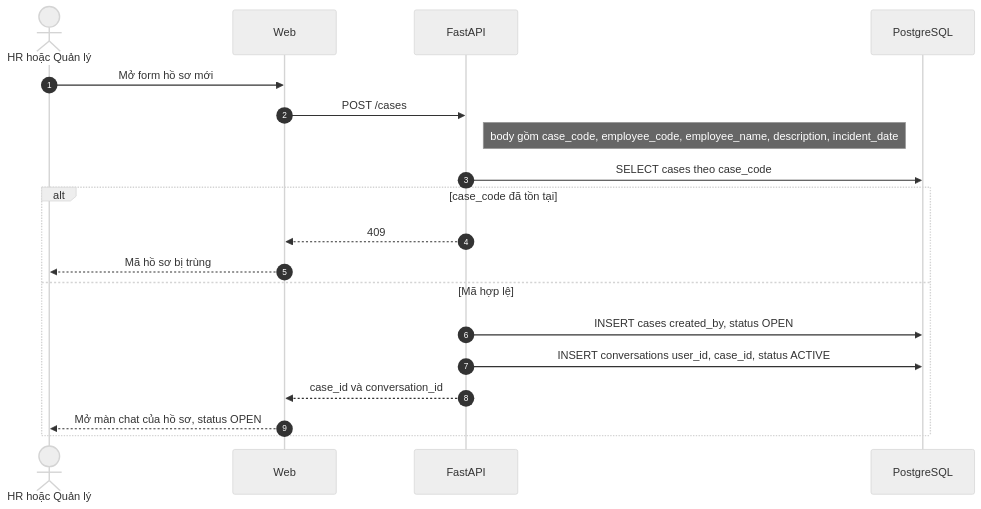
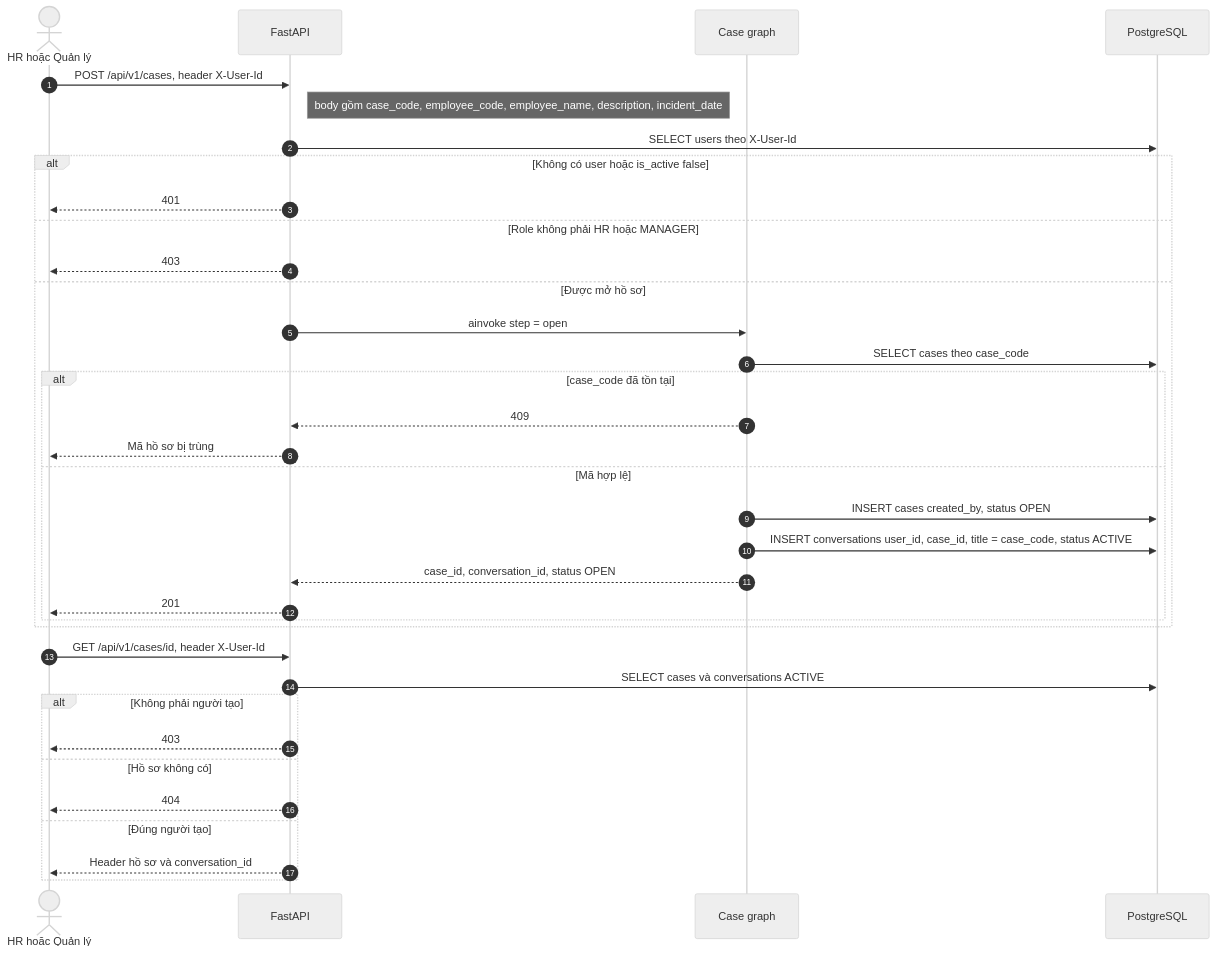
Before and after one commit to Tuan-Nguyen-Minhh/HRHelp: the third of 15 diagrams in docs/features/features.md, drawn with Mermaid (neutral theme). The commit also changed other lines of this file and 70 other files, not shown here.

````diff
--- a/docs/features/features.md
+++ b/docs/features/features.md
@@ -175,22 +177,39 @@
 ```mermaid
 sequenceDiagram
     autonumber
     actor HR as HR hoặc Quản lý
-    participant UI as Web
     participant API as FastAPI
+    participant CG as Case graph
     participant DB as PostgreSQL
 
-    HR->>UI: Mở form hồ sơ mới
-    UI->>API: POST /cases
+    HR->>API: POST /api/v1/cases, header X-User-Id
     Note right of API: body gồm case_code, employee_code, employee_name, description, incident_date
-    API->>DB: SELECT cases theo case_code
-    alt case_code đã tồn tại
-        API-->>UI: 409
-        UI-->>HR: Mã hồ sơ bị trùng
-    else Mã hợp lệ
-        API->>DB: INSERT cases created_by, status OPEN
-        API->>DB: INSERT conversations user_id, case_id, status ACTIVE
-        API-->>UI: case_id và conversation_id
-        UI-->>HR: Mở màn chat của hồ sơ, status OPEN
+    API->>DB: SELECT users theo X-User-Id
+    alt Không có user hoặc is_active false
+        API-->>HR: 401
+    else Role không phải HR hoặc MANAGER
+        API-->>HR: 403
+    else Được mở hồ sơ
+        API->>CG: ainvoke step = open
+        CG->>DB: SELECT cases theo case_code
+        alt case_code đã tồn tại
+            CG-->>API: 409
+            API-->>HR: Mã hồ sơ bị trùng
+        else Mã hợp lệ
+            CG->>DB: INSERT cases created_by, status OPEN
+            CG->>DB: INSERT conversations user_id, case_id, title = case_code, status ACTIVE
+            CG-->>API: case_id, conversation_id, status OPEN
+            API-->>HR: 201
+        end
+    end
+
+    HR->>API: GET /api/v1/cases/id, header X-User-Id
+    API->>DB: SELECT cases và conversations ACTIVE
+    alt Không phải người tạo
+        API-->>HR: 403
+    else Hồ sơ không có
+        API-->>HR: 404
+    else Đúng người tạo
+        API-->>HR: Header hồ sơ và conversation_id
     end
 ```
````
